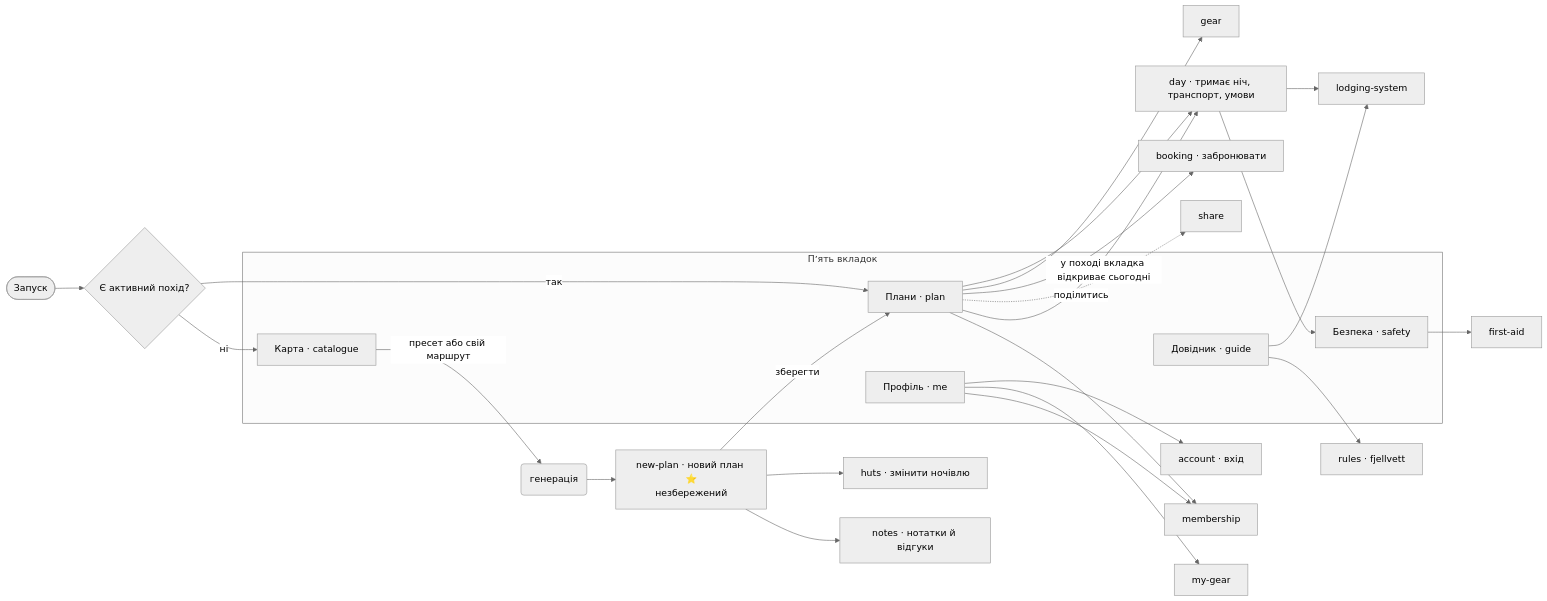
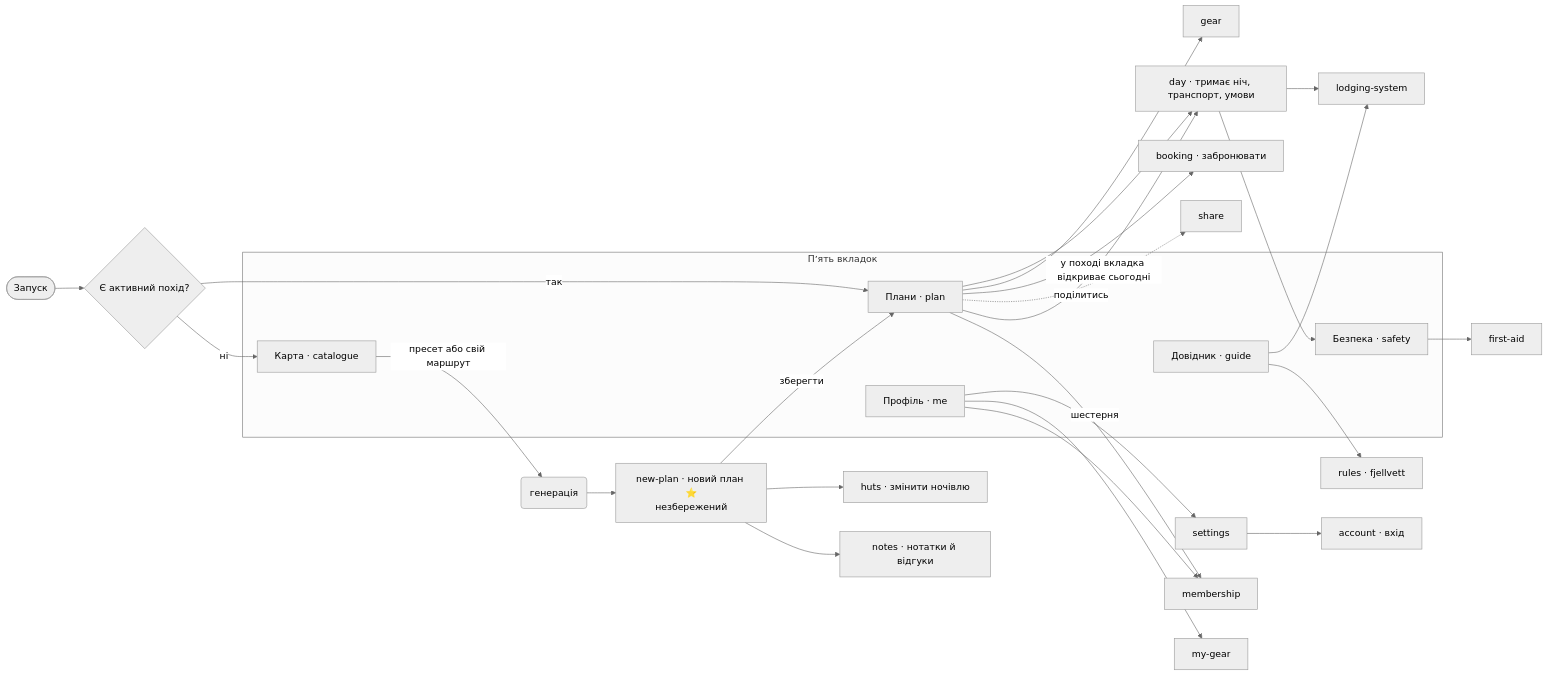
Before and after one commit to allaostrovaya/nestwood: the first of 2 diagrams in wireframes/sitemap.md, drawn with Mermaid (neutral theme). The commit also changed other lines of this file and 79 other files, not shown here.

````diff
--- a/wireframes/sitemap.md
+++ b/wireframes/sitemap.md
@@ -894,35 +895,36 @@
 ```mermaid
 flowchart LR
     START([Запуск]) --> QACT{Є активний похід?}
     QACT -->|так| PLAN
     QACT -->|ні| CAT
 
     subgraph TABS ["Пʼять вкладок"]
         CAT["Карта · catalogue"]
         PLAN["Плани · plan"]
         GUIDE["Довідник · guide"]
         SAFE["Безпека · safety"]
         PROF["Профіль · me"]
     end
 
     CAT -->|пресет або свій маршрут| GEN("генерація")
     GEN --> NEW["new-plan · новий план ⭐<br/>незбережений"]
     NEW --> HUTS["huts · змінити ночівлю"]
     NEW --> NOTES["notes · нотатки й відгуки"]
     NEW -->|зберегти| PLAN
-    PROF --> ACC["account · вхід"]
+    PROF -->|шестерня| SET["settings"]
+    SET --> ACC["account · вхід"]
     PLAN --> DAY["day · тримає ніч, транспорт, умови"]
     PLAN --> GEAR["gear"]
     PLAN --> BK["booking · забронювати"]
     PLAN -.поділитись.-> SH["share"]
     DAY --> LS["lodging-system"]
     PLAN -->|у поході вкладка відкриває сьогодні| DAY
     DAY --> SAFE
 
     GUIDE --> LS
     GUIDE --> RULES["rules · fjellvett"]
     SAFE --> FA["first-aid"]
     PROF --> MG["my-gear"]
     PROF --> MEM["membership"]
     PLAN --> MEM
 ```
````
